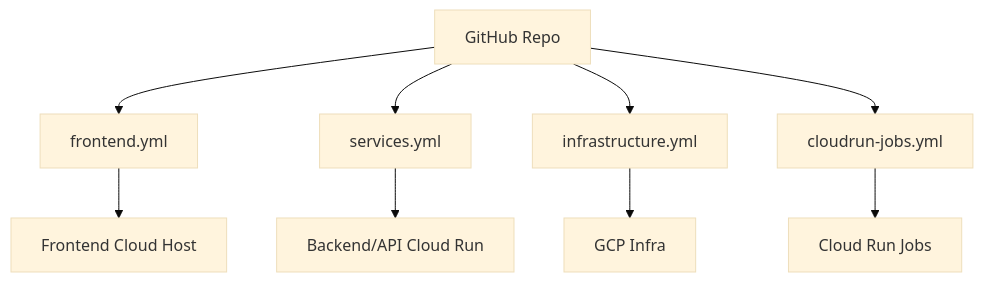
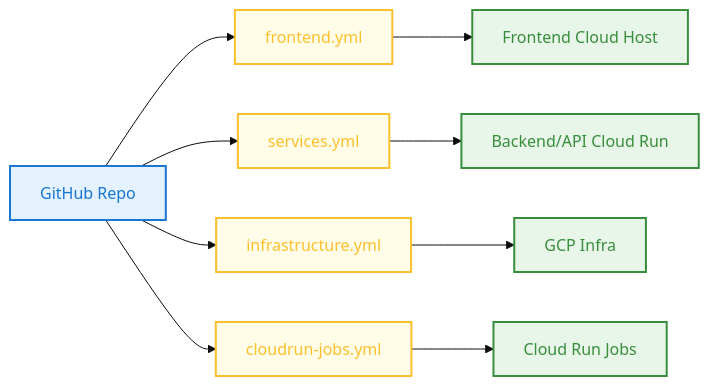
One commit to vaibhavCodian/fincortex-zombie-analyzer changed the second of 2 diagrams in README.md. Above: the diagram before and after it, drawn with Mermaid (base theme). The commit also changed other lines of this file, not shown here.

Commit message:
Updated Mermaid to be more cleaner and consize

````diff
--- a/README.md
+++ b/README.md
@@ -70,22 +75,16 @@
 ```mermaid
-flowchart TD
-  GH[GitHub Repo]
-  WF1[frontend.yml]
-  WF2[services.yml]
-  WF3[infrastructure.yml]
-  WF4[cloudrun-jobs.yml]
-  FE[Frontend Cloud Host]
-  BE[Backend/API Cloud Run]
-  INFRA[GCP Infra]
-  JOBS[Cloud Run Jobs]
+flowchart LR
+  classDef repo fill:#E3F2FD,stroke:#1976D2,stroke-width:2px,color:#1976D2;
+  classDef workflow fill:#FFFDE7,stroke:#FBC02D,stroke-width:2px,color:#FBC02D;
+  classDef deploy fill:#E8F5E9,stroke:#388E3C,stroke-width:2px,color:#388E3C;
 
-  GH --> WF1
-  GH --> WF2
-  GH --> WF3
-  GH --> WF4
+  GH["GitHub Repo"]:::repo --> WF1["frontend.yml"]:::workflow
+  GH --> WF2["services.yml"]:::workflow
+  GH --> WF3["infrastructure.yml"]:::workflow
+  GH --> WF4["cloudrun-jobs.yml"]:::workflow
 
-  WF1 --> FE
-  WF2 --> BE
-  WF3 --> INFRA
-  WF4 --> JOBS
+  WF1 --> FE["Frontend Cloud Host"]:::deploy
+  WF2 --> BE["Backend/API Cloud Run"]:::deploy
+  WF3 --> INFRA["GCP Infra"]:::deploy
+  WF4 --> JOBS["Cloud Run Jobs"]:::deploy
 ```
````
